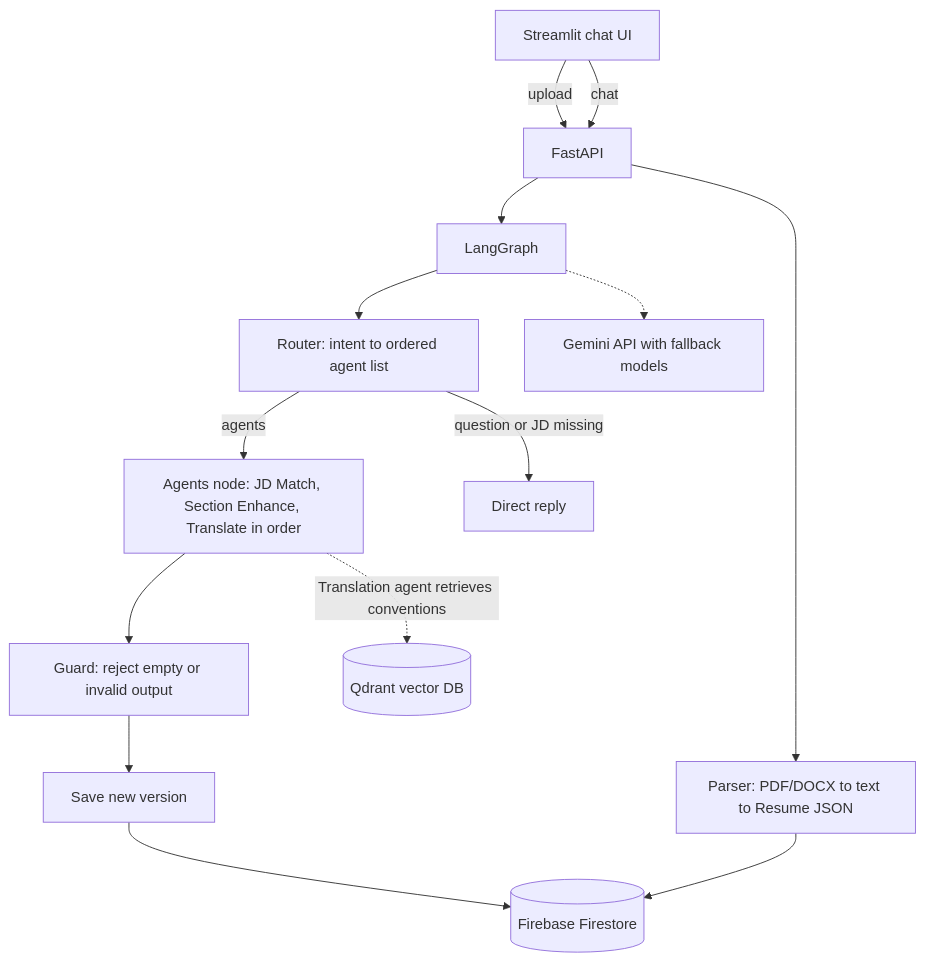
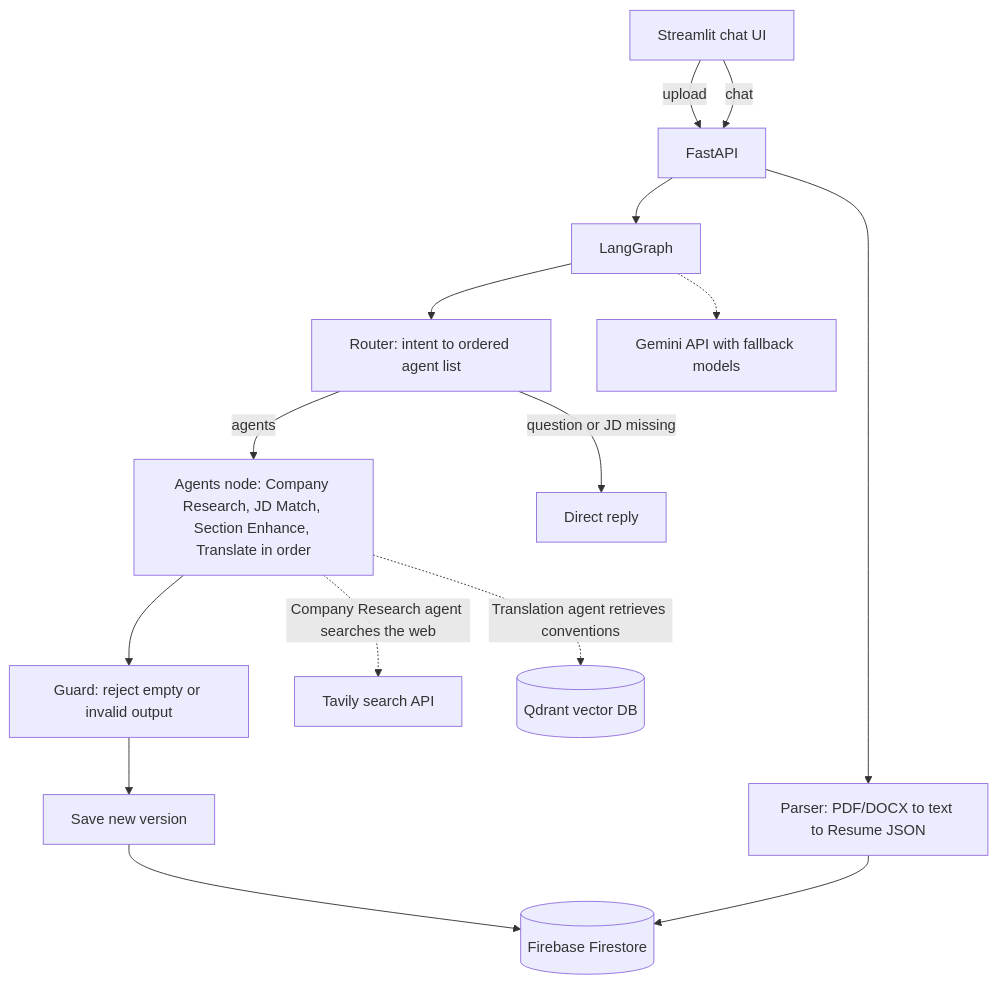
The diagram in README.md (Rrh88/Resume-Optimizer), drawn with Mermaid before and after one commit. The commit also changed other lines of this file and 4 other files, not shown here.

Commit message:
Add Company Research agent (Tavily), update README

````diff
--- a/README.md
+++ b/README.md
@@ -13,16 +12,17 @@
 ```mermaid
 flowchart TD
     UI[Streamlit chat UI] -->|upload| API[FastAPI]
     UI -->|chat| API
     API --> P[Parser: PDF/DOCX to text to Resume JSON]
     API --> G[LangGraph]
     G --> R[Router: intent to ordered agent list]
-    R -->|agents| A[Agents node: JD Match, Section Enhance, Translate in order]
+    R -->|agents| A[Agents node: Company Research, JD Match, Section Enhance, Translate in order]
     R -->|question or JD missing| E[Direct reply]
     A --> V[Guard: reject empty or invalid output]
     V --> S[Save new version]
     S --> F[(Firebase Firestore)]
     P --> F
     G -.-> L[Gemini API with fallback models]
+    A -.->|Company Research agent searches the web| W[Tavily search API]
     A -.->|Translation agent retrieves conventions| K[(Qdrant vector DB)]
 ```
````
